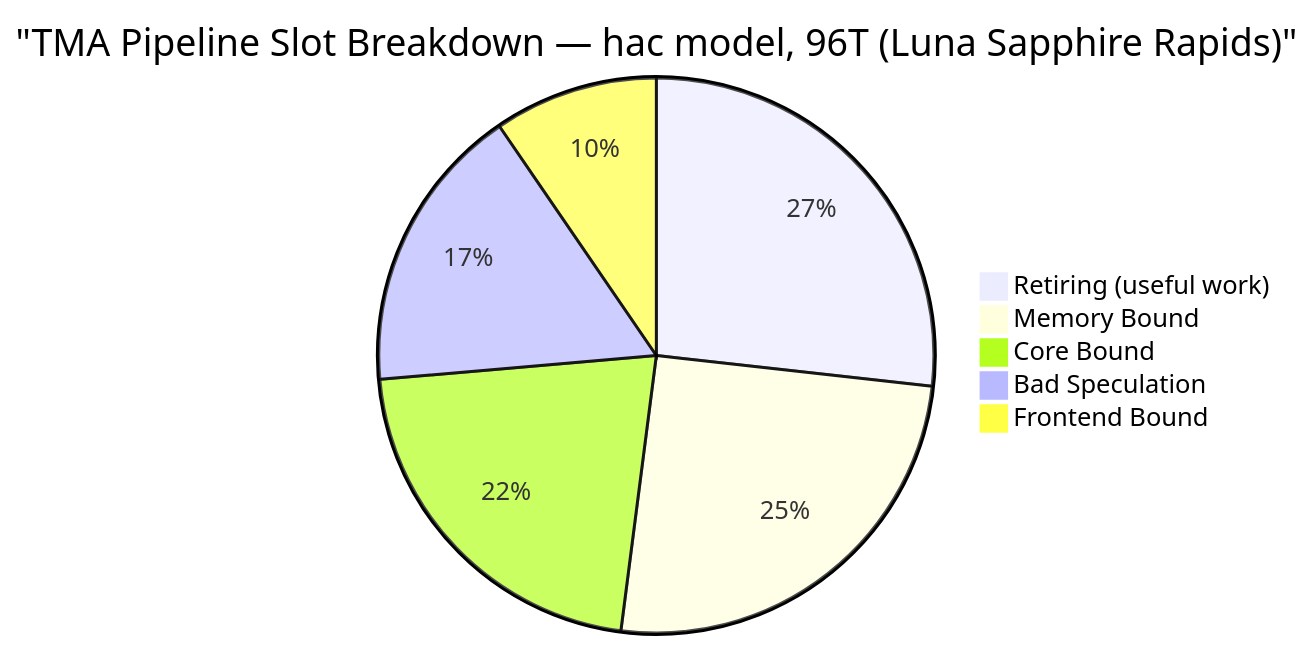
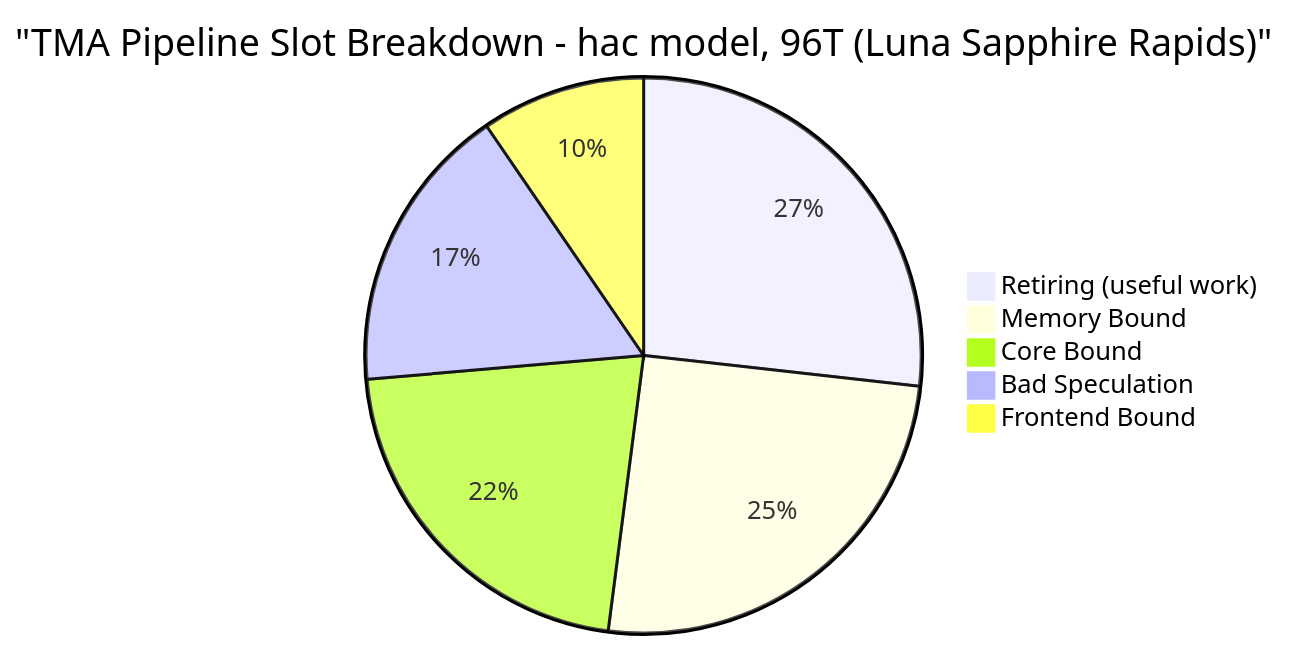
The seventh of 26 diagrams in README.md (KathpaliaChirag/Nanopore-project), drawn with Mermaid before and after one commit. The commit also changed other lines of this file and 4 other files, not shown here.

````diff
--- a/README.md
+++ b/README.md
@@ -367,8 +402,8 @@
 ```mermaid
-pie title "TMA Pipeline Slot Breakdown — hac model, 96T (Luna Sapphire Rapids)"
+pie title "TMA Pipeline Slot Breakdown - hac model, 96T (Luna Sapphire Rapids)"
     "Retiring (useful work)" : 26.9
     "Memory Bound" : 25.4
     "Core Bound" : 21.7
     "Bad Speculation" : 16.9
     "Frontend Bound" : 9.6
 ```
````
